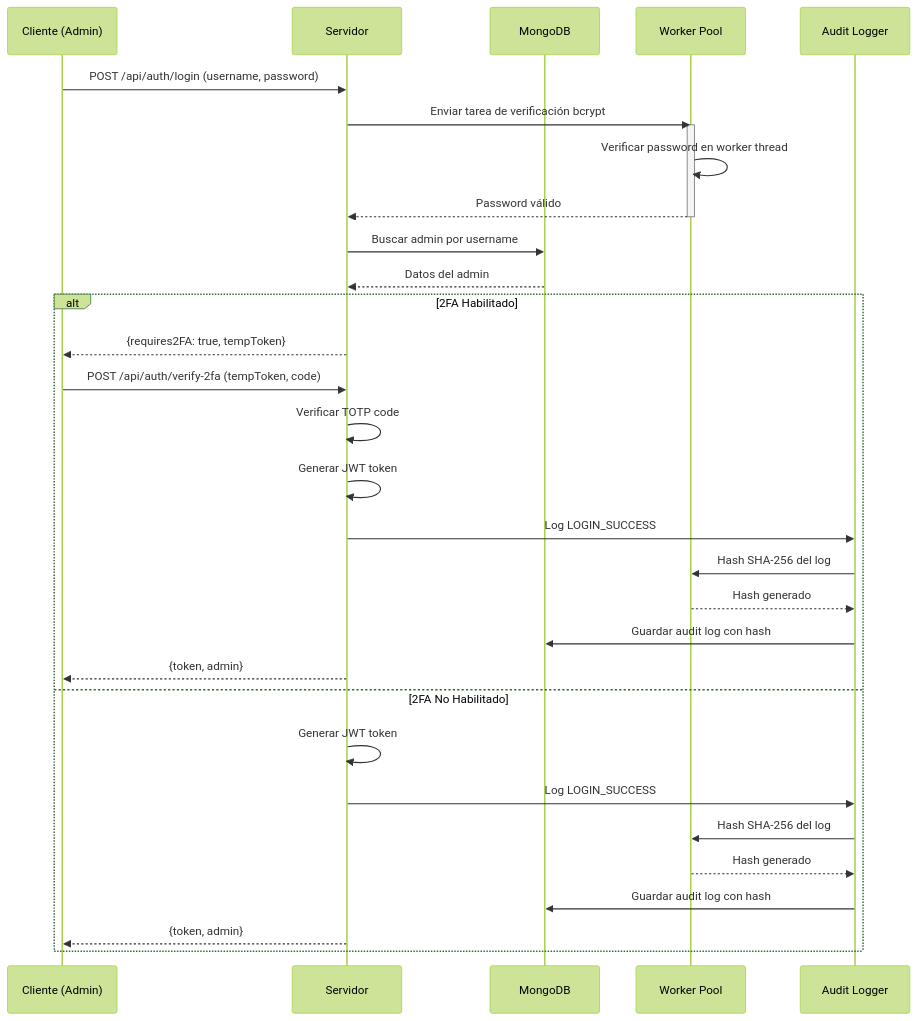
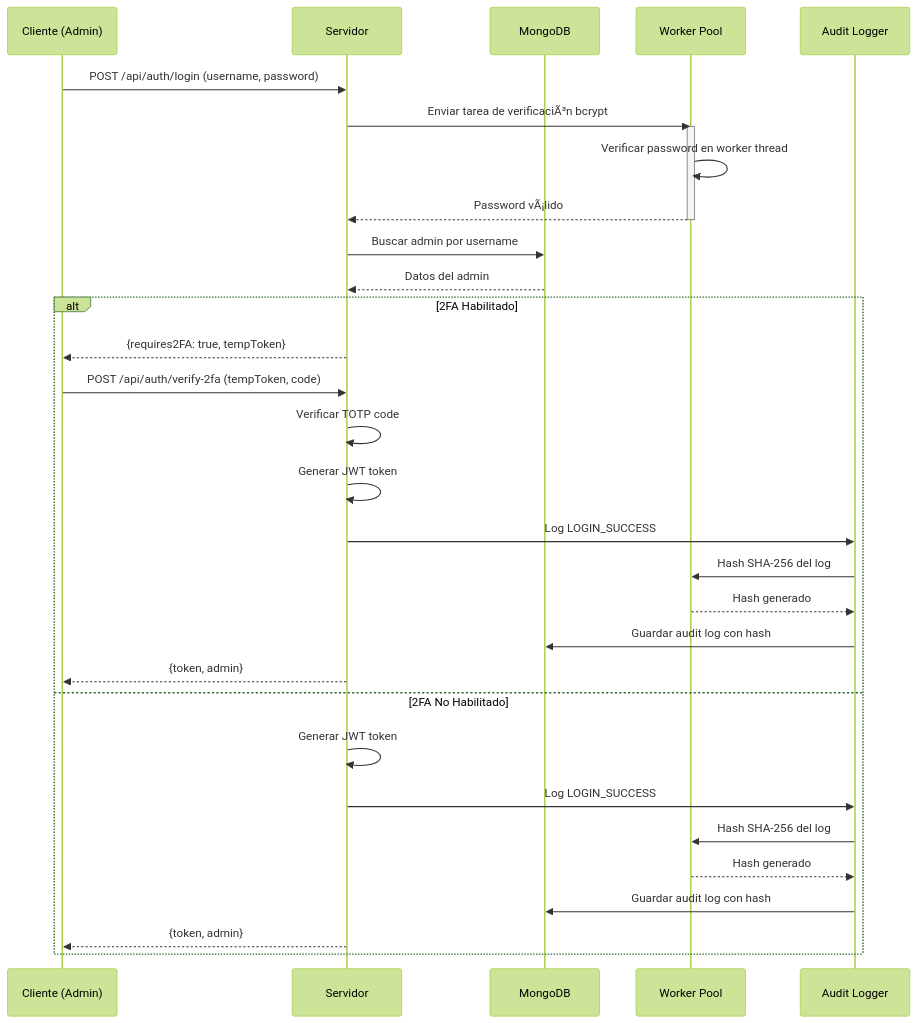
The first of 6 diagrams in README.md (marinjosue/LiveChat), drawn with Mermaid (forest theme) before and after one commit. The commit also changed other lines of this file, not shown here.

````diff
--- a/README.md
+++ b/README.md
@@ -172,37 +172,37 @@
 ```mermaid
 sequenceDiagram
     participant C as Cliente (Admin)
     participant S as Servidor
     participant DB as MongoDB
     participant WP as Worker Pool
     participant AL as Audit Logger
 
     C->>S: POST /api/auth/login (username, password)
-    S->>WP: Enviar tarea de verificación bcrypt
+    S->>WP: Enviar tarea de verificaciÃ³n bcrypt
     activate WP
     WP->>WP: Verificar password en worker thread
-    WP-->>S: Password válido
+    WP-->>S: Password vÃ¡lido
     deactivate WP
     
     S->>DB: Buscar admin por username
     DB-->>S: Datos del admin
     
     alt 2FA Habilitado
         S-->>C: {requires2FA: true, tempToken}
         C->>S: POST /api/auth/verify-2fa (tempToken, code)
         S->>S: Verificar TOTP code
         S->>S: Generar JWT token
         S->>AL: Log LOGIN_SUCCESS
         AL->>WP: Hash SHA-256 del log
         WP-->>AL: Hash generado
         AL->>DB: Guardar audit log con hash
         S-->>C: {token, admin}
     else 2FA No Habilitado
         S->>S: Generar JWT token
         S->>AL: Log LOGIN_SUCCESS
         AL->>WP: Hash SHA-256 del log
         WP-->>AL: Hash generado
         AL->>DB: Guardar audit log con hash
         S-->>C: {token, admin}
     end
 ```
````
